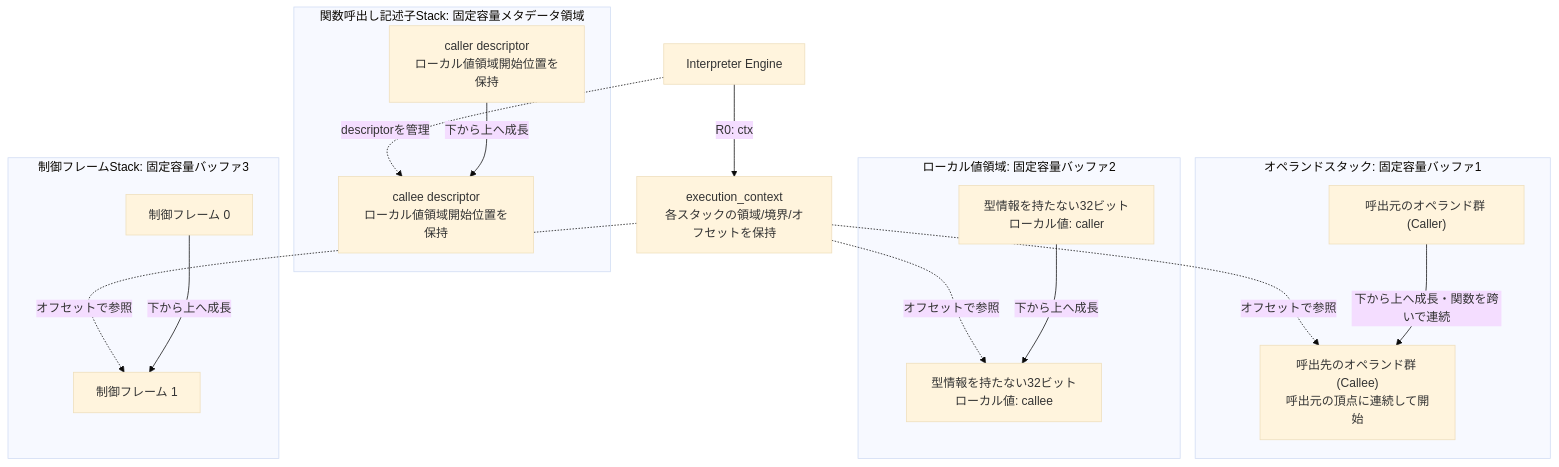
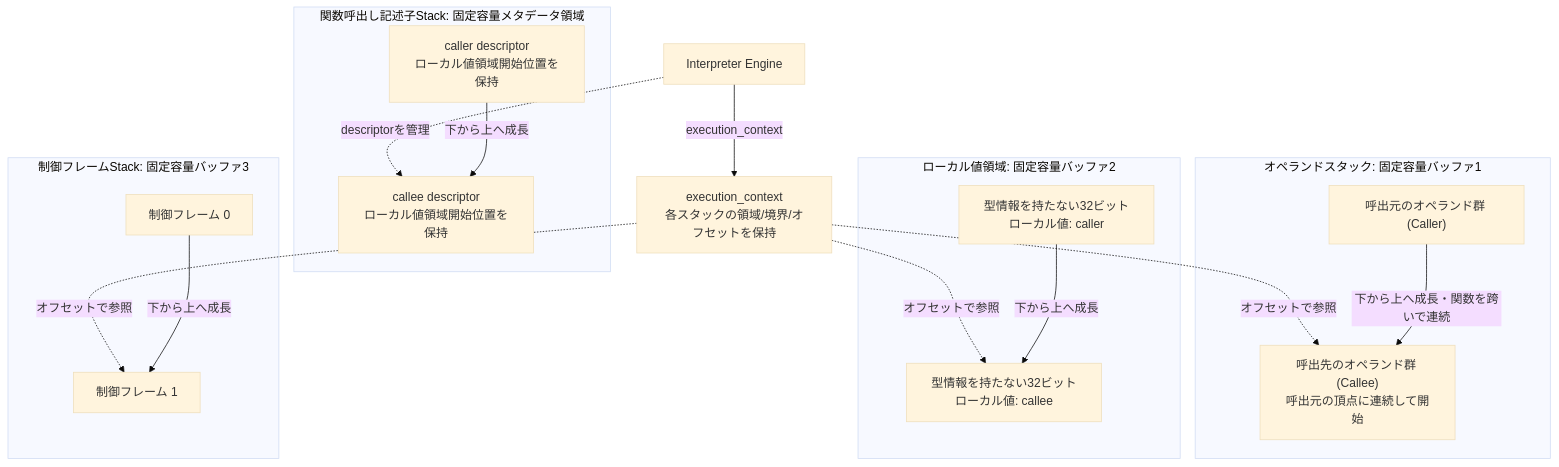
The first of 4 diagrams in docs/components/tier3_executer/interpreter.md (kmt-t/fireball), drawn with Mermaid (base theme) before and after one commit. The commit also changed other lines of this file and 205 other files, not shown here.

````diff
--- a/docs/components/tier3_executer/interpreter.md
+++ b/docs/components/tier3_executer/interpreter.md
@@ -33,34 +33,34 @@
 ```mermaid
 graph TD
     Ctx["execution_context<br/>各スタックの領域/境界/オフセットを保持"]
 
     subgraph Operand_Stack_Memory["オペランドスタック: 固定容量バッファ1"]
         Op0["呼出元のオペランド群 (Caller)"]
         Op1["呼出先のオペランド群 (Callee)<br/>呼出元の頂点に連続して開始"]
     end
 
     subgraph Local_Stack_Memory["ローカル値領域: 固定容量バッファ2"]
         Loc0["型情報を持たない32ビットローカル値: caller"]
         Loc1["型情報を持たない32ビットローカル値: callee"]
     end
 
     subgraph Call_Frame_Memory["関数呼出し記述子Stack: 固定容量メタデータ領域"]
         Frame0["caller descriptor<br/>ローカル値領域開始位置を保持"]
         Frame1["callee descriptor<br/>ローカル値領域開始位置を保持"]
     end
 
     subgraph Control_Frame_Memory["制御フレームStack: 固定容量バッファ3"]
         Ctrl0["制御フレーム 0"]
         Ctrl1["制御フレーム 1"]
     end
 
-    Engine[Interpreter Engine] -- R0: ctx --> Ctx
+    Engine[Interpreter Engine] -- execution_context --> Ctx
     Ctx -. "オフセットで参照" .-> Op1
     Ctx -. "オフセットで参照" .-> Loc1
     Ctx -. "オフセットで参照" .-> Ctrl1
     Engine -. "descriptorを管理" .-> Frame1
     Op0 -- "下から上へ成長・関数を跨いで連続" --> Op1
     Loc0 -- "下から上へ成長" --> Loc1
     Frame0 -- "下から上へ成長" --> Frame1
     Ctrl0 -- "下から上へ成長" --> Ctrl1
 ```
````
